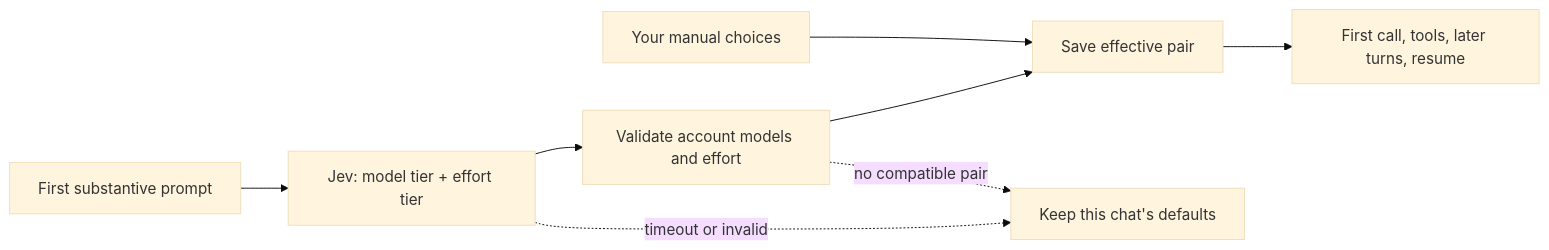
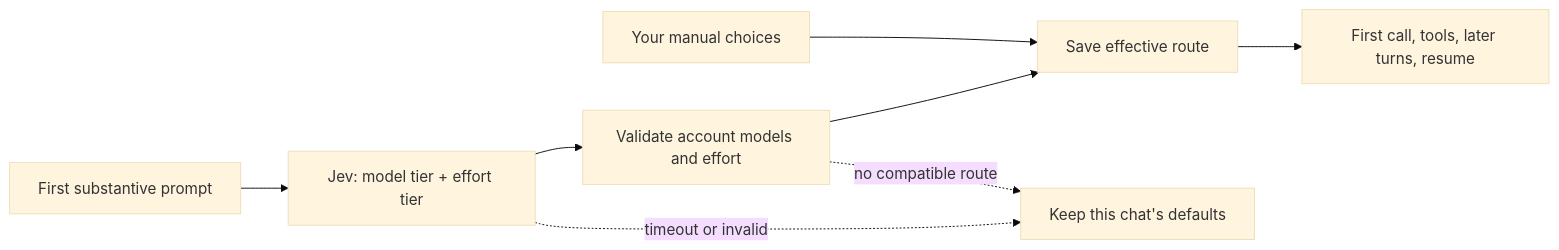
The diagram in README.md (PraveenKumarSridhar/jevgauge), drawn with Mermaid (base theme) before and after one commit. The commit also changed other lines of this file and 18 other files, not shown here.

````diff
--- a/README.md
+++ b/README.md
@@ -21,10 +21,10 @@
 ```mermaid
 flowchart LR
     A[First substantive prompt] --> B[Jev: model tier + effort tier]
     B --> C[Validate account models and effort]
-    C --> D[Save effective pair]
+    C --> D[Save effective route]
     D --> E[First call, tools, later turns, resume]
     B -. timeout or invalid .-> F[Keep this chat's defaults]
-    C -. no compatible pair .-> F
+    C -. no compatible route .-> F
     U[Your manual choices] --> D
 ```
````
